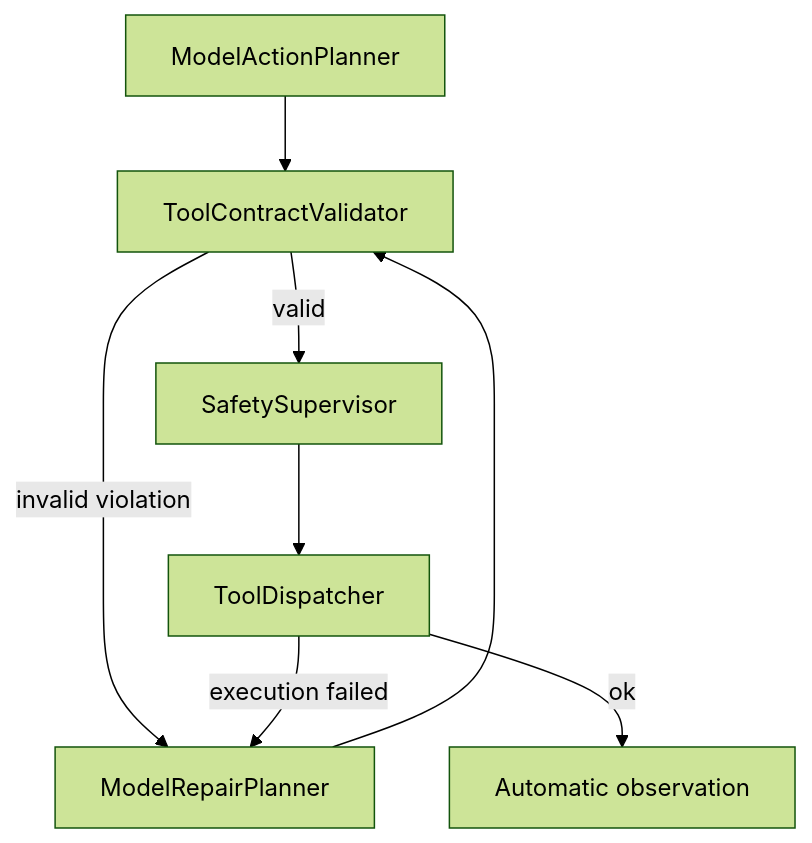
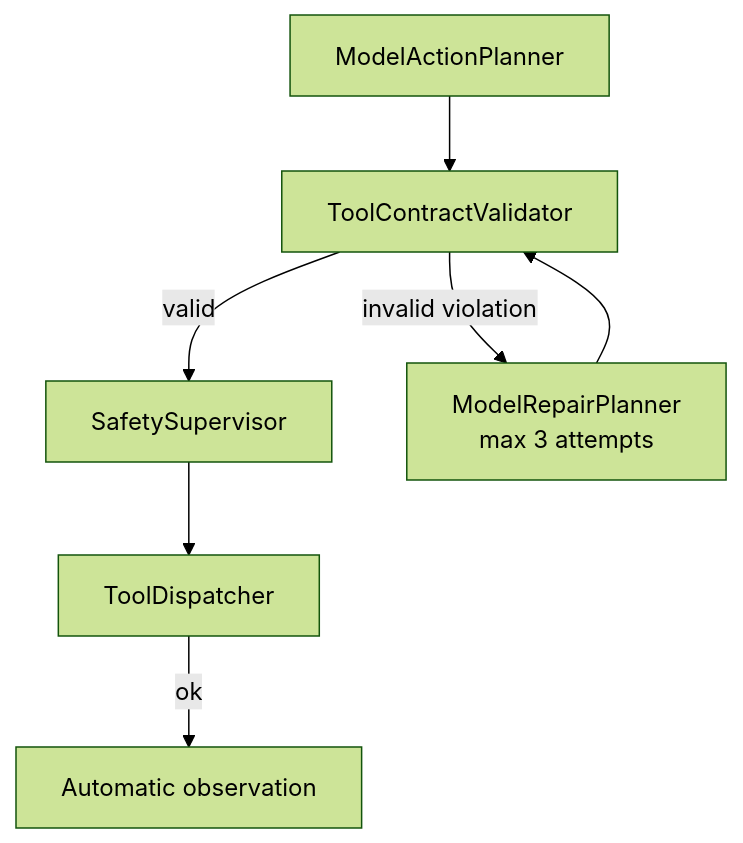
Before and after one commit to LZ6years/AeroPilot: the third of 3 diagrams in docs/architecture.md, drawn with Mermaid (forest theme). The commit also changed other lines of this file and 13 other files, not shown here.

Commit message:
Add model action contract repair planner

````diff
--- a/docs/architecture.md
+++ b/docs/architecture.md
@@ -194,10 +194,9 @@
 ```mermaid
 flowchart TD
     MAP["ModelActionPlanner"] --> TCV["ToolContractValidator"]
     TCV -->|valid| SS["SafetySupervisor"]
-    TCV -->|invalid violation| RP["ModelRepairPlanner"]
+    TCV -->|invalid violation| RP["ModelRepairPlanner<br/>max 3 attempts"]
     RP --> TCV
     SS --> TD["ToolDispatcher"]
-    TD -->|execution failed| RP
     TD -->|ok| OBS["Automatic observation"]
 ```
````
